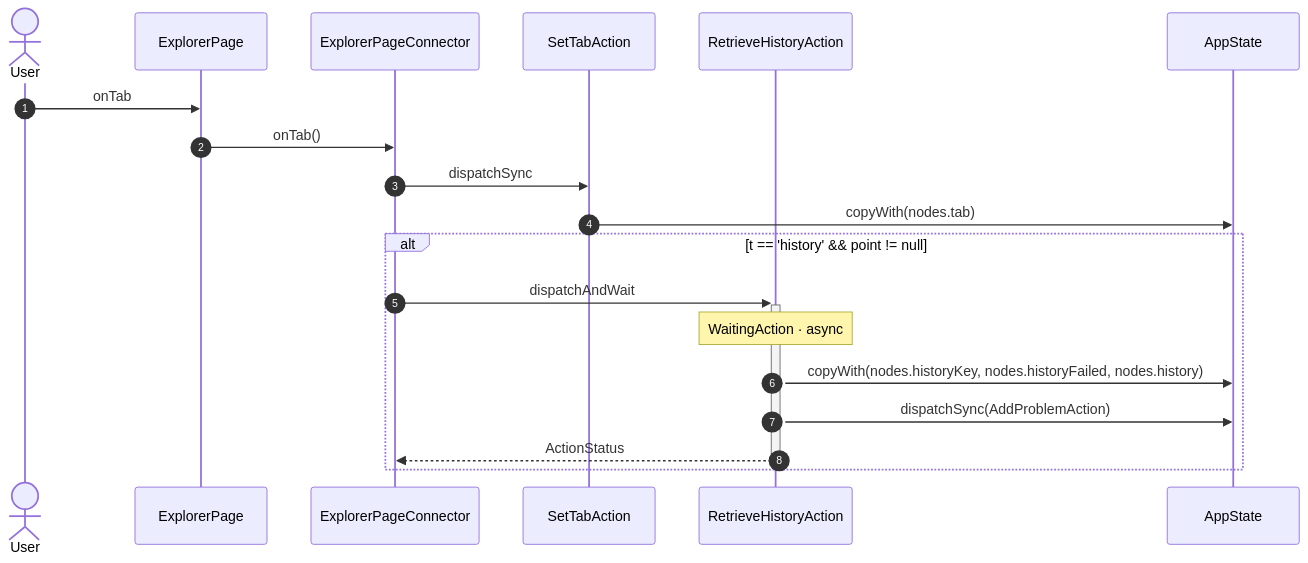
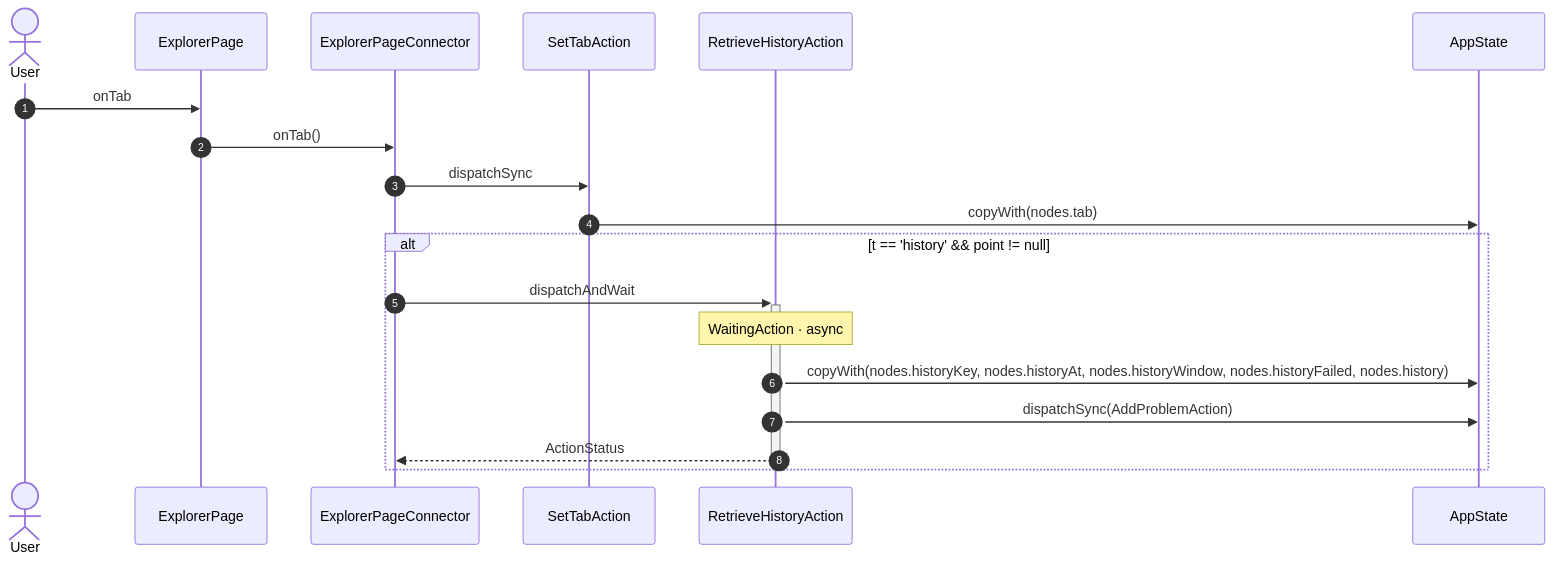
Before and after one commit to gencto/wyrm: diagram 16 of 31 in studio/docs/flows/explorer.md, drawn with Mermaid. The commit also changed other lines of this file and 30 other files, not shown here.

````diff
--- a/studio/docs/flows/explorer.md
+++ b/studio/docs/flows/explorer.md
@@ -286,22 +286,22 @@
 ```mermaid
 sequenceDiagram
     autonumber
     actor User
     participant UI as ExplorerPage
     participant VM as ExplorerPageConnector
     participant A1 as SetTabAction
     participant A2 as RetrieveHistoryAction
     participant ST as AppState
 
     User->>UI: onTab
     UI->>VM: onTab()
     VM->>A1: dispatchSync
     A1->>ST: copyWith(nodes.tab)
     alt t == 'history' && point != null
         VM->>+A2: dispatchAndWait
         Note over A2: WaitingAction · async
-        A2->>ST: copyWith(nodes.historyKey, nodes.historyFailed, nodes.history)
+        A2->>ST: copyWith(nodes.historyKey, nodes.historyAt, nodes.historyWindow, nodes.historyFailed, nodes.history)
         A2->>ST: dispatchSync(AddProblemAction)
         A2-->>-VM: ActionStatus
     end
 ```
````
